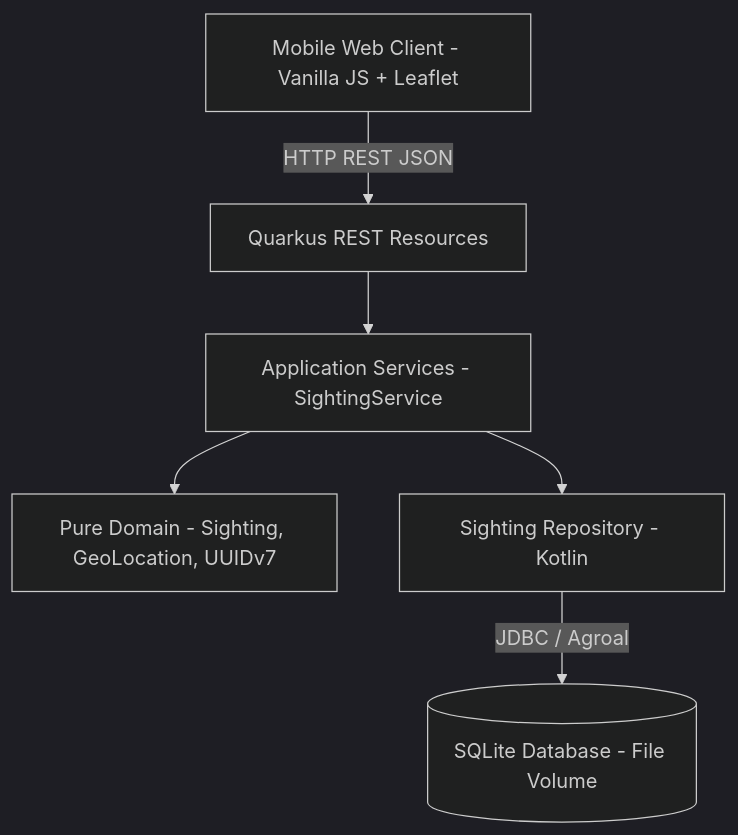
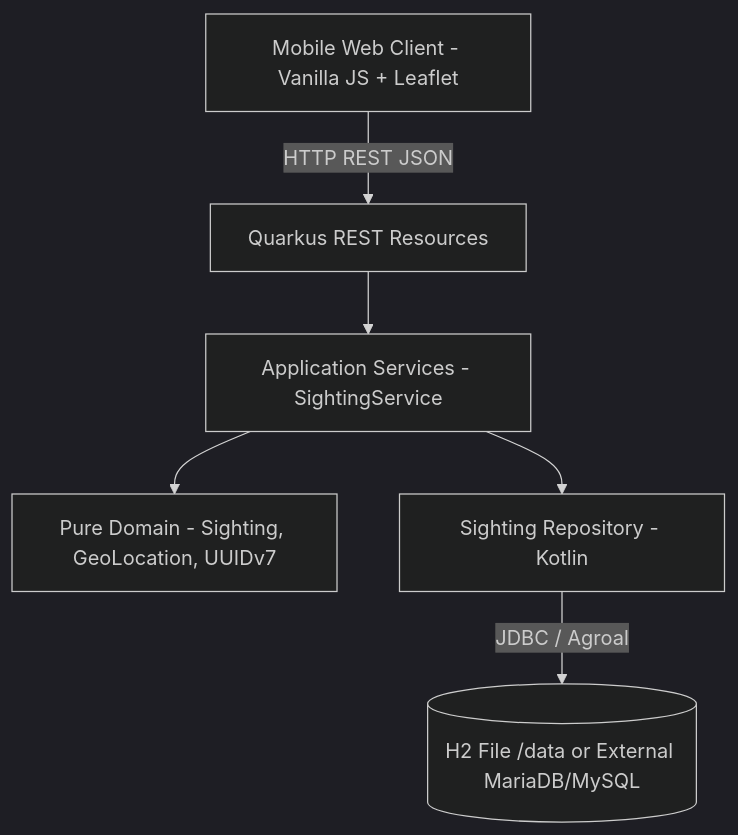
Before and after one commit to mithomas/shoe-tracker: the first of 3 diagrams in _bmad-output/initiative-shoe-tracker/architecture-shoe-tracker/architecture-shoe-tracker.md, drawn with Mermaid (dark theme). The commit also changed other lines of this file and 12 other files, not shown here.

````diff
--- a/_bmad-output/initiative-shoe-tracker/architecture-shoe-tracker/architecture-shoe-tracker.md
+++ b/_bmad-output/initiative-shoe-tracker/architecture-shoe-tracker/architecture-shoe-tracker.md
@@ -26,8 +26,8 @@
 ```mermaid
 graph TD
     UI[Mobile Web Client - Vanilla JS + Leaflet] -->|HTTP REST JSON| API[Quarkus REST Resources]
     API --> SVC[Application Services - SightingService]
     SVC --> DOMAIN[Pure Domain - Sighting, GeoLocation, UUIDv7]
     SVC --> REPO[Sighting Repository - Kotlin]
-    REPO -->|JDBC / Agroal| DB[(SQLite Database - File Volume)]
+    REPO -->|JDBC / Agroal| DB[(H2 File /data or External MariaDB/MySQL)]
 ```
````
